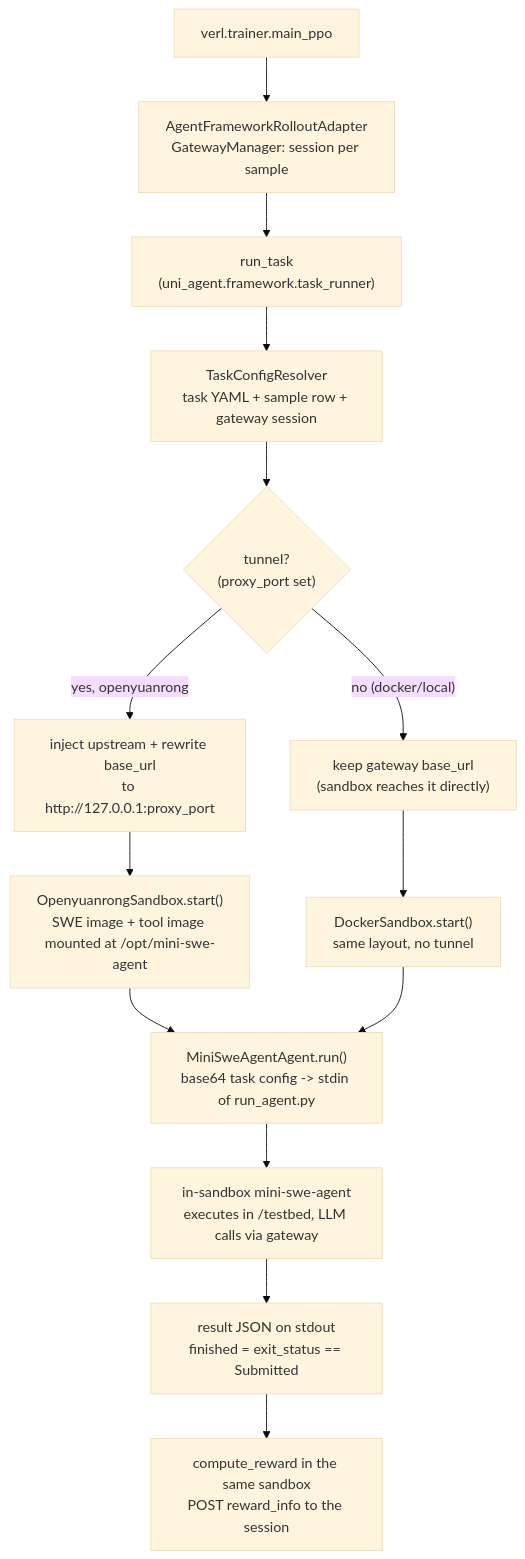
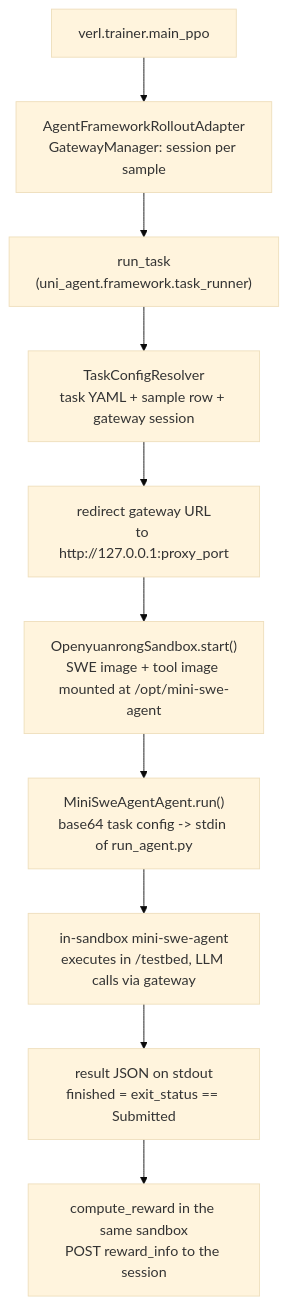
The diagram in examples/blackbox_recipes/mini_swe_agent/README.md (RichardFido/uni-agent), drawn with Mermaid (base theme) before and after one commit. The commit also changed other lines of this file and 5 other files, not shown here.

````diff
--- a/examples/blackbox_recipes/mini_swe_agent/README.md
+++ b/examples/blackbox_recipes/mini_swe_agent/README.md
@@ -12,16 +12,12 @@
 ```mermaid
 flowchart TB
     A[verl.trainer.main_ppo] --> B[AgentFrameworkRolloutAdapter<br/>GatewayManager: session per sample]
     B --> C["run_task<br/>(uni_agent.framework.task_runner)"]
     C --> D["TaskConfigResolver<br/>task YAML + sample row + gateway session"]
-    D --> E{"tunnel?<br/>(proxy_port set)"}
-    E -- yes, openyuanrong --> F["inject upstream + rewrite base_url<br/>to http://127.0.0.1:proxy_port"]
-    E -- no (docker/local) --> G["keep gateway base_url<br/>(sandbox reaches it directly)"]
+    D --> F["redirect gateway URL<br/>to http://127.0.0.1:proxy_port"]
     F --> H["OpenyuanrongSandbox.start()<br/>SWE image + tool image mounted at /opt/mini-swe-agent"]
-    G --> I["DockerSandbox.start()<br/>same layout, no tunnel"]
     H --> J["MiniSweAgentAgent.run()<br/>base64 task config -> stdin of run_agent.py"]
-    I --> J
     J --> K["in-sandbox mini-swe-agent<br/>executes in /testbed, LLM calls via gateway"]
     K --> L["result JSON on stdout<br/>finished = exit_status == Submitted"]
     L --> M["compute_reward in the same sandbox<br/>POST reward_info to the session"]
 ```
````
